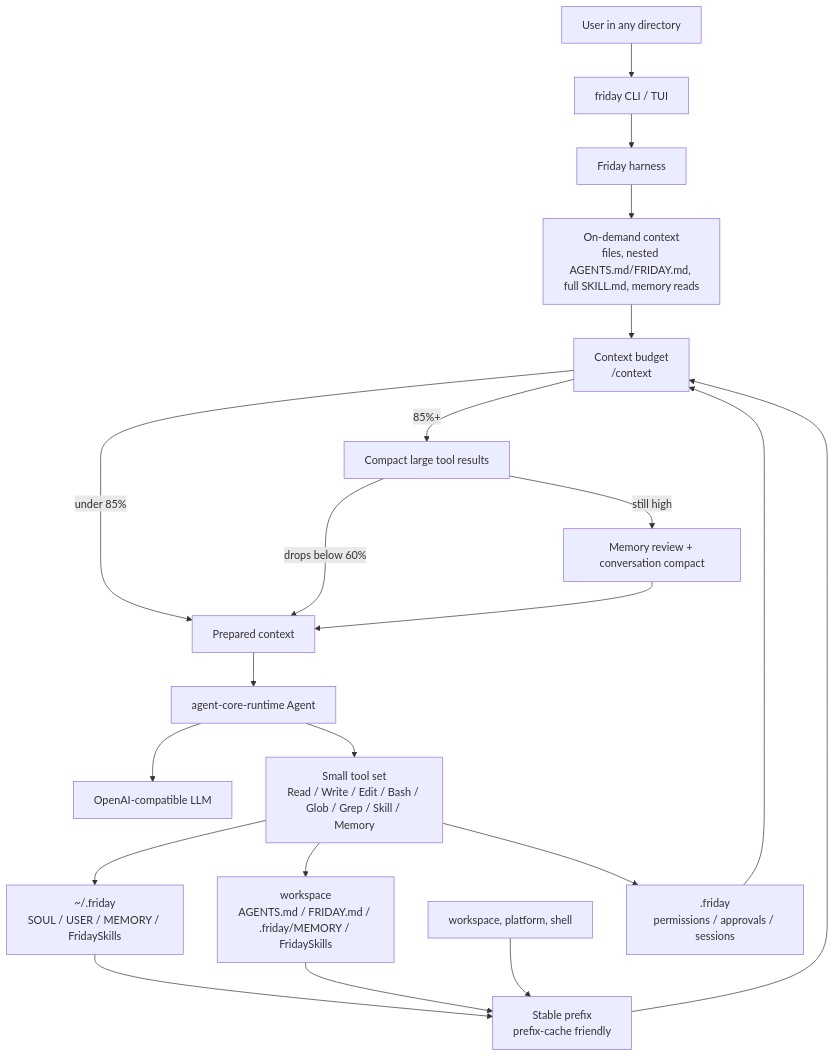
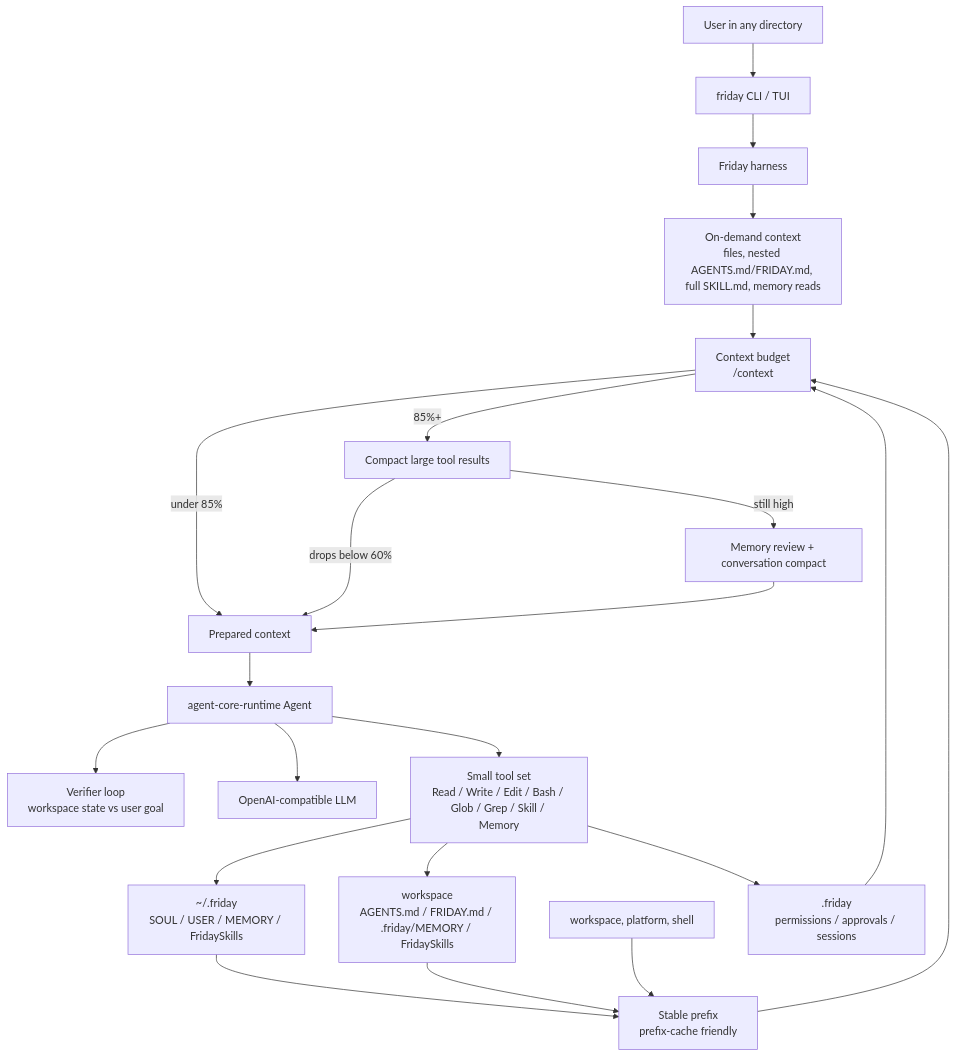
One commit to Lancetwang/friday changed the diagram in README.md. Above: the diagram before and after it, drawn with Mermaid. The commit also changed other lines of this file and 12 other files, not shown here.

Commit message:
Add verifier goal loop

````diff
--- a/README.md
+++ b/README.md
@@ -29,27 +31,28 @@
 ```mermaid
 flowchart TD
     User["User in any directory"] --> CLI["friday CLI / TUI"]
     CLI --> Harness["Friday harness"]
 
     Home["~/.friday<br/>SOUL / USER / MEMORY / FridaySkills"] --> Prefix["Stable prefix<br/>prefix-cache friendly"]
     Project["workspace<br/>AGENTS.md / FRIDAY.md / .friday/MEMORY / FridaySkills"] --> Prefix
     Env["workspace, platform, shell"] --> Prefix
     Prefix --> Budget["Context budget<br/>/context"]
 
     Harness --> Routed["On-demand context<br/>files, nested AGENTS.md/FRIDAY.md, full SKILL.md, memory reads"]
     Routed --> Budget
     State[".friday<br/>permissions / approvals / sessions"] --> Budget
 
     Budget -->|"under 85%"| Ready["Prepared context"]
     Budget -->|"85%+"| ToolCompact["Compact large tool results"]
     ToolCompact -->|"drops below 60%"| Ready
     ToolCompact -->|"still high"| LLMCompact["Memory review + conversation compact"]
     LLMCompact --> Ready
 
     Ready --> Runtime["agent-core-runtime Agent"]
+    Runtime --> Verify["Verifier loop<br/>workspace state vs user goal"]
     Runtime --> LLM["OpenAI-compatible LLM"]
     Runtime --> Tools["Small tool set<br/>Read / Write / Edit / Bash / Glob / Grep / Skill / Memory"]
     Tools --> State
     Tools --> Home
     Tools --> Project
 ```
````
